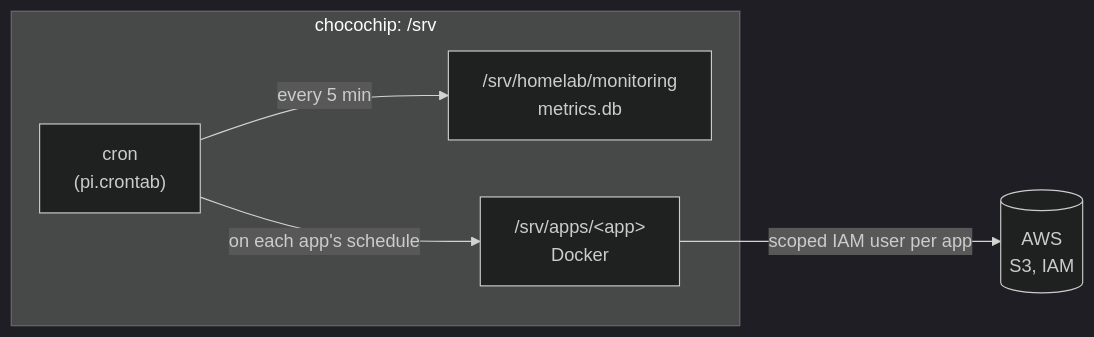
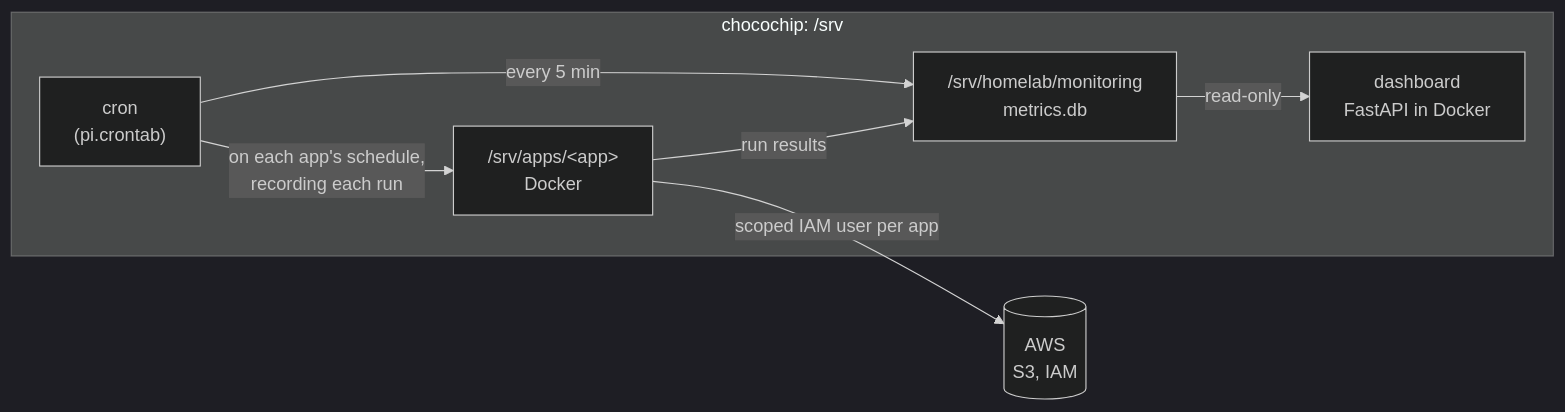
The diagram in README.md (JeremyTran211/Homelab), drawn with Mermaid (dark theme) before and after one commit. The commit also changed other lines of this file and 9 other files, not shown here.

````diff
--- a/README.md
+++ b/README.md
@@ -10,13 +10,16 @@
 ```mermaid
 flowchart LR
     subgraph pi["chocochip: /srv"]
         cron["cron<br/>(pi.crontab)"]
         mon["/srv/homelab/monitoring<br/>metrics.db"]
         apps["/srv/apps/&lt;app&gt;<br/>Docker"]
+        dash["dashboard<br/>FastAPI in Docker"]
     end
     aws[("AWS<br/>S3, IAM")]
 
     cron -->|"every 5 min"| mon
-    cron -->|"on each app's schedule"| apps
+    cron -->|"on each app's schedule,<br/>recording each run"| apps
+    apps -->|"run results"| mon
+    mon -->|"read-only"| dash
     apps -->|"scoped IAM user per app"| aws
 ```
````
